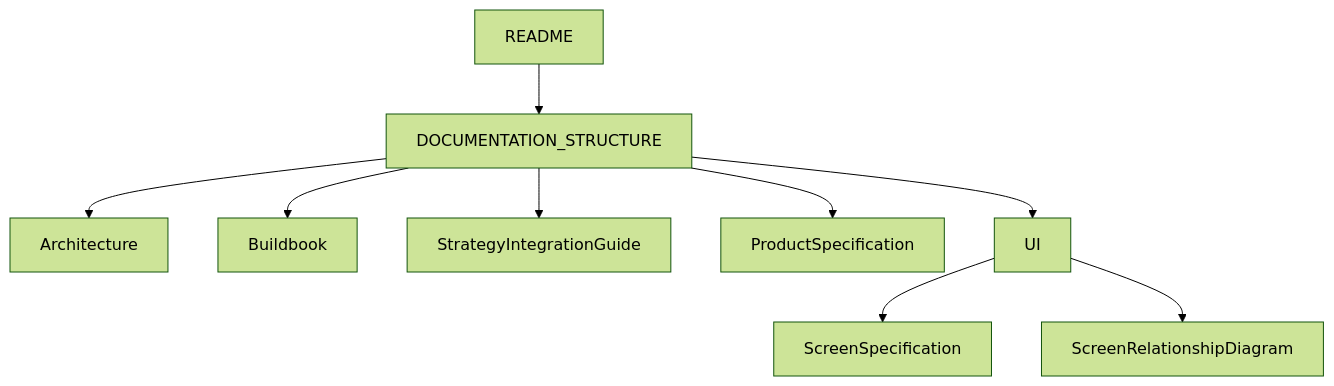
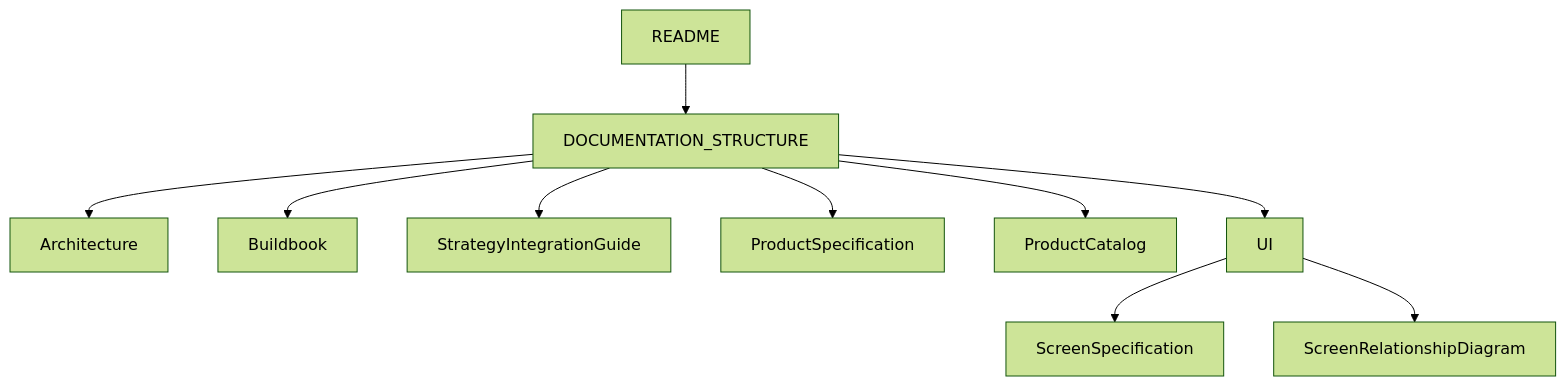
Before and after one commit to SignalNexus/signal-nexus: the first of 2 diagrams in docs/DOCUMENTATION_STRUCTURE.md, drawn with Mermaid (forest theme). The commit also changed other lines of this file and 7 other files, not shown here.

````diff
--- a/docs/DOCUMENTATION_STRUCTURE.md
+++ b/docs/DOCUMENTATION_STRUCTURE.md
@@ -117,11 +123,12 @@
 ```mermaid
 graph TD
   README --> DOCUMENTATION_STRUCTURE
   DOCUMENTATION_STRUCTURE --> Architecture
   DOCUMENTATION_STRUCTURE --> Buildbook
   DOCUMENTATION_STRUCTURE --> StrategyIntegrationGuide
   DOCUMENTATION_STRUCTURE --> ProductSpecification
+  DOCUMENTATION_STRUCTURE --> ProductCatalog
   DOCUMENTATION_STRUCTURE --> UI
   UI --> ScreenSpecification
   UI --> ScreenRelationshipDiagram
 ```
````
